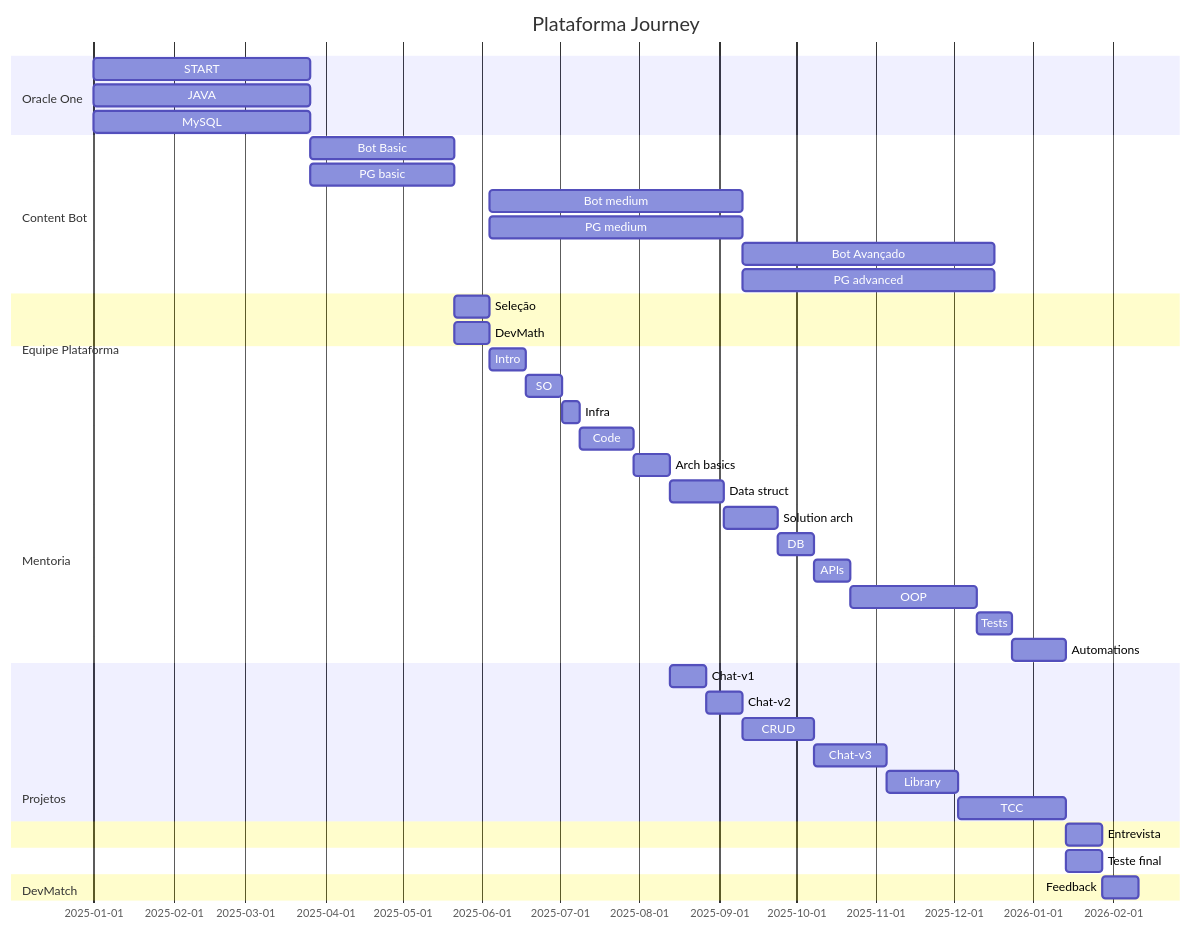
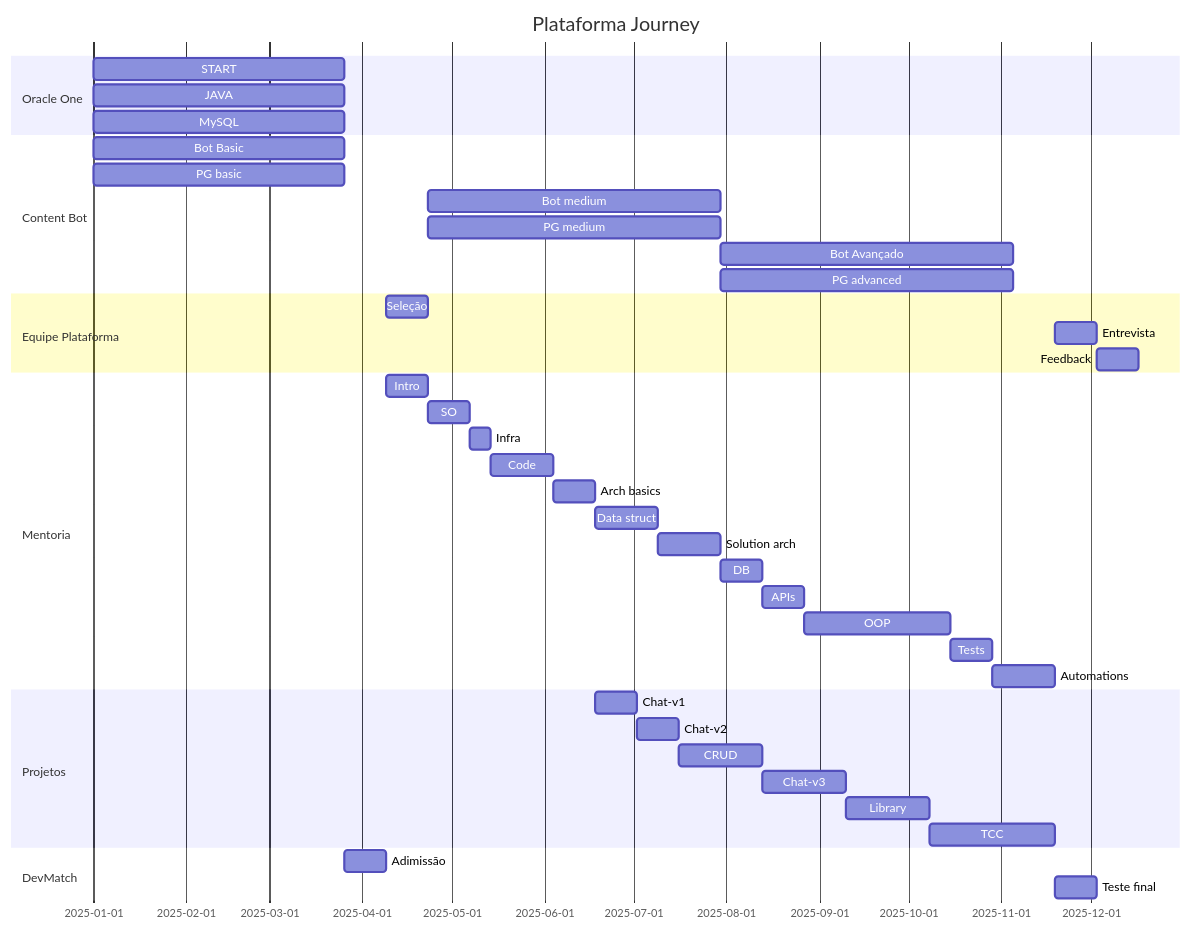
The diagram in README.md (RafaelFino/plataforma-journey), drawn with Mermaid before and after one commit.

````diff
--- a/README.md
+++ b/README.md
@@ -15,45 +15,43 @@
 ```mermaid
 gantt
     title Plataforma Journey    
     dateFormat  YYYY-MM-DD
     section Oracle One
         START: one_start, 2025-01-01, 12w
         JAVA: one_java, 2025-01-01, 12w
         MySQL: one_mysql, 2025-01-01, 12w
     section Content Bot
-        Bot Basic: bot_content_basic, after one_mysql, 8w
-        PG basic: bot_pg_basic, after one_mysql, 8w
-        Bot medium: bot_content_med, after behave_eval, 14w
-        PG medium: bot_pg_med, after behave_eval, 14w
+        Bot Basic: bot_content_basic, 2025-01-01, 12w
+        PG basic: bot_pg_basic, 2025-01-01, 12w
+        Bot medium: bot_content_med, after eval_behave, 14w
+        PG medium: bot_pg_med, after eval_behave, 14w
         Bot Avançado: bot_content_adv, after bot_content_med, 14w
         PG advanced: bot_pg_adv, after bot_content_med, 14w
     section Equipe Plataforma
-        Seleção: eval_behave, after bot_content_basic, 2w
-        DevMath: eval_dev, after bot_content_basic, 2w
+        Seleção: eval_behave, after eval_dev, 2w
+        Entrevista: behave_eval_final, after prj_tcc, 2w
+        Feedback: team_feedback, after behave_eval_final, 2w
     section Mentoria
-        Intro: ment_intro, after behave_eval, 2w
+        Intro: ment_intro, after eval_dev, 2w
         SO: ment_SO, after ment_intro, 2w
         Infra: ment_infra, after ment_SO, 1w
         Code: ment_coding, after ment_infra, 3w
         Arch basics: ment_arch_basic, after ment_coding, 2w
         Data struct: ment_data_structure, after ment_arch_basic, 3w
         Solution arch: ment_solution_arch, after ment_data_structure, 3w
         DB: ment_sql, after ment_solution_arch, 2w
         APIs: ment_apis, after ment_sql, 2w
         OOP: ment_oop, after ment_apis, 7w
         Tests: ment_tests, after ment_oop, 2w
         Automations: ment_automations, after ment_tests, 3w
     section Projetos        
         Chat-v1: prj_chat_v1, after ment_arch_basic, 2w
         Chat-v2: prj_chat_v2, after prj_chat_v1, 2w
         CRUD: prj_crud, after prj_chat_v2, 4w
         Chat-v3: prj_chat_v3, after ment_sql, 4w
         Library: prj_lib, after prj_chat_v3, 4w
         TCC: prj_tcc, after prj_lib, 6w
-    section Equipe Plataforma
-        Entrevista: behave_eval_final, after prj_tcc, 2w
     section DevMatch
-        Teste final: team_eval, after prj_tcc, 2w
-    section Equipe Plataforma
-        Feedback: team_feedback, after behave_eval_final, 2w
+        Adimissão: eval_dev, after bot_content_basic, 2w
+        Teste final: team_eval, after prj_tcc, 2w        
 ```
````
